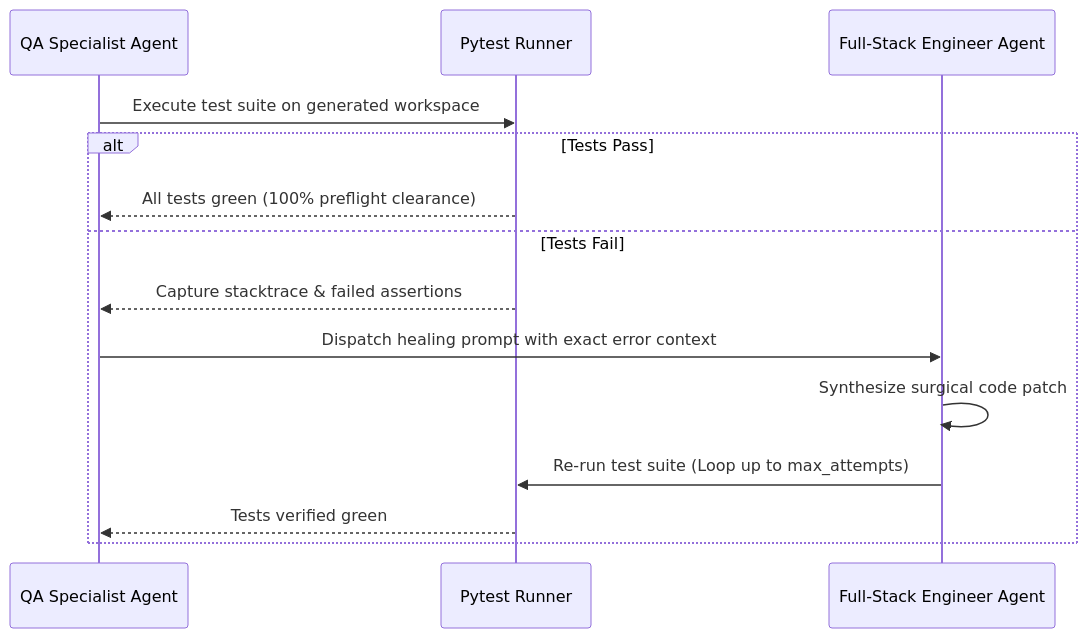
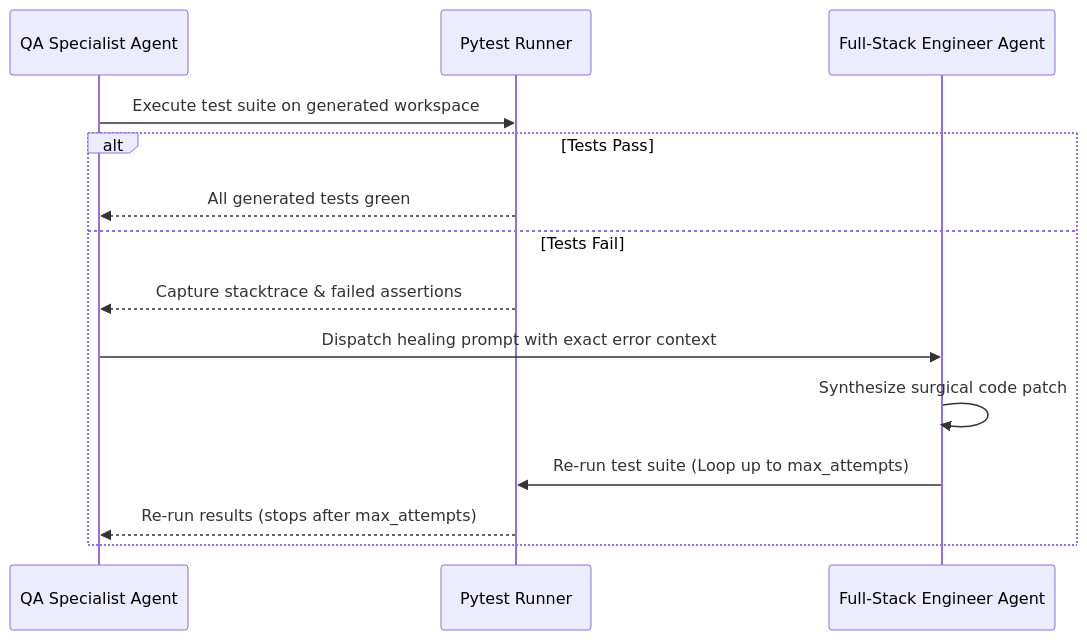
Before and after one commit to sabburi1994/nexus: the second of 2 diagrams in README.md, drawn with Mermaid. The commit also changed other lines of this file and 67 other files, not shown here.

````diff
--- a/README.md
+++ b/README.md
@@ -153,16 +153,16 @@
 ```mermaid
 sequenceDiagram
     participant QA as QA Specialist Agent
     participant Runner as Pytest Runner
     participant FS as Full-Stack Engineer Agent
     QA->>Runner: Execute test suite on generated workspace
     alt Tests Pass
-        Runner-->>QA: All tests green (100% preflight clearance)
+        Runner-->>QA: All generated tests green
     else Tests Fail
         Runner-->>QA: Capture stacktrace & failed assertions
         QA->>FS: Dispatch healing prompt with exact error context
         FS->>FS: Synthesize surgical code patch
         FS->>Runner: Re-run test suite (Loop up to max_attempts)
-        Runner-->>QA: Tests verified green
+        Runner-->>QA: Re-run results (stops after max_attempts)
     end
 ```
````
